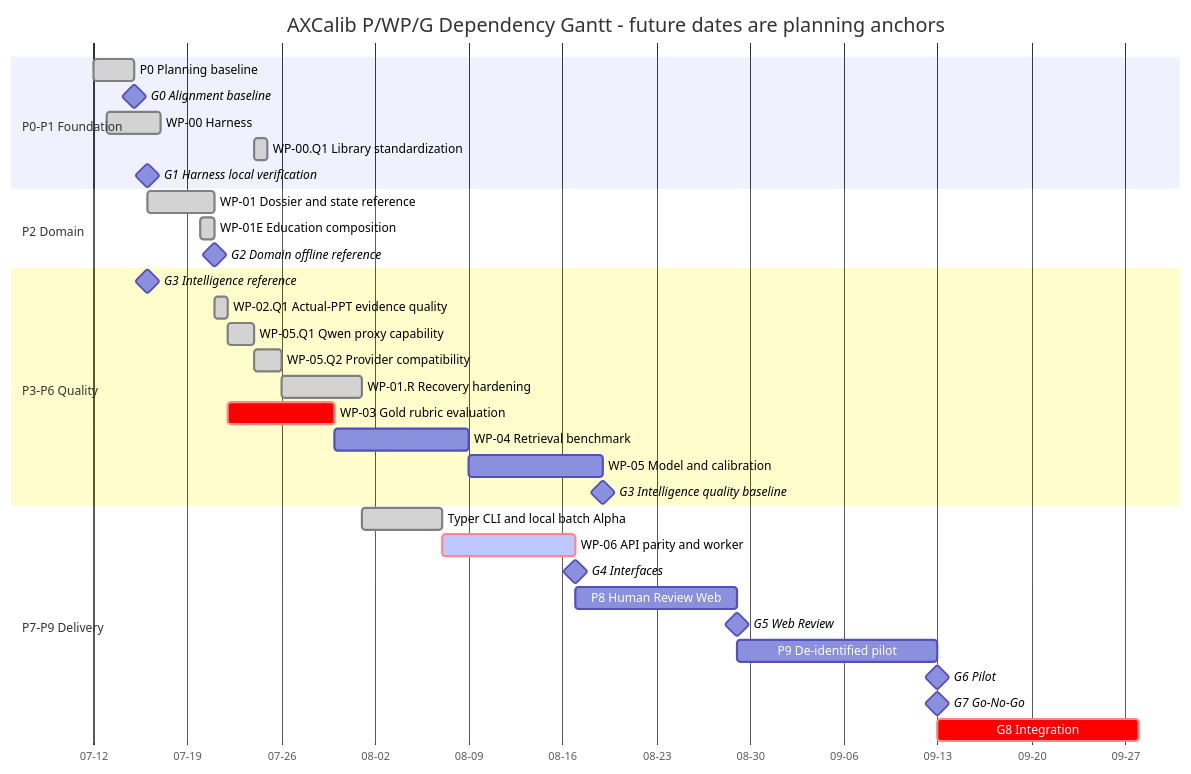
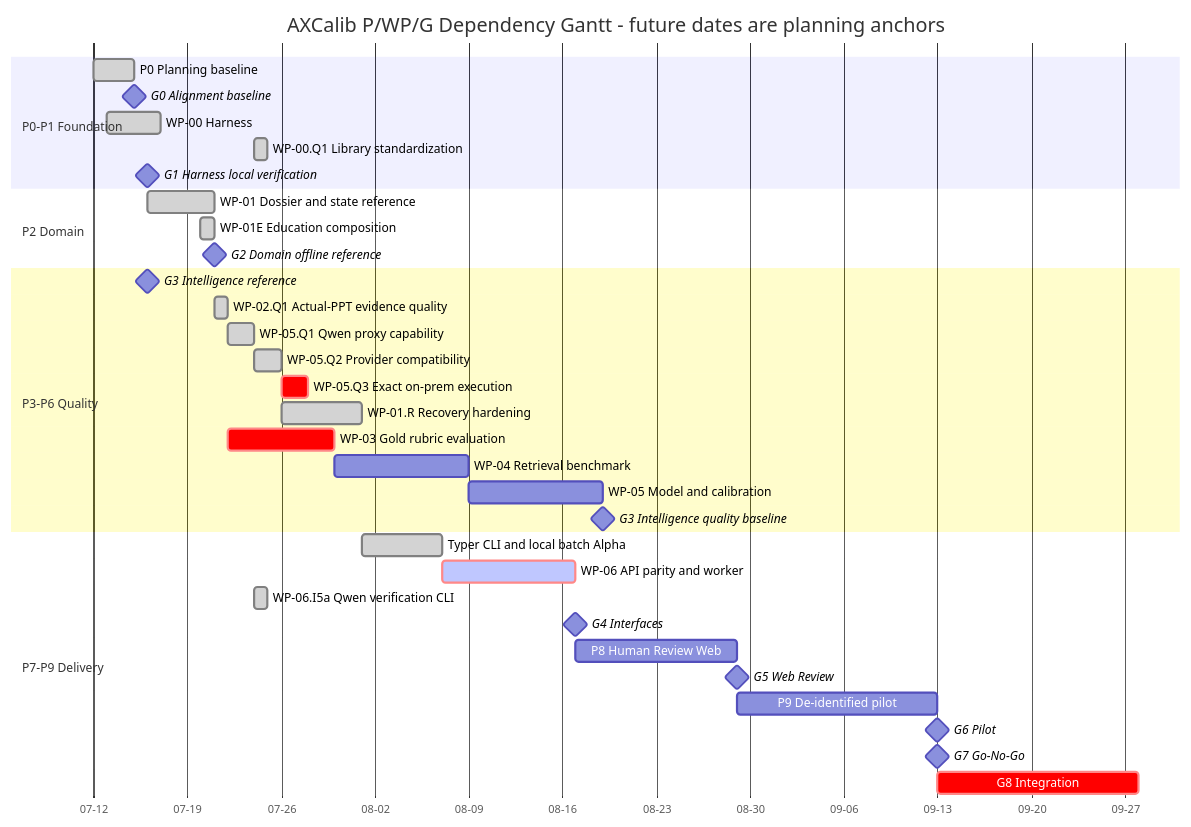
One commit to Infant83/AXCalib changed the diagram in PROJECT_STATE.md. Above: the diagram before and after it, drawn with Mermaid. The commit also changed other lines of this file and 26 other files, not shown here.

Commit message:
Add on-prem Qwen verification CLI and Wiki runbook

````diff
--- a/PROJECT_STATE.md
+++ b/PROJECT_STATE.md
@@ -83,41 +83,43 @@
 ```mermaid
 gantt
     title AXCalib P/WP/G Dependency Gantt - future dates are planning anchors
     dateFormat YYYY-MM-DD
     axisFormat %m-%d
     todayMarker stroke-width:2px,stroke:#A50034,opacity:0.8
 
     section P0-P1 Foundation
     P0 Planning baseline                 :done, p0, 2026-07-12, 3d
     G0 Alignment baseline               :milestone, g0, 2026-07-15, 0d
     WP-00 Harness                       :done, wp00, 2026-07-13, 4d
     WP-00.Q1 Library standardization    :done, wp00q1, 2026-07-24, 1d
     G1 Harness local verification       :milestone, g1, 2026-07-16, 0d
 
     section P2 Domain
     WP-01 Dossier and state reference   :done, wp01, 2026-07-16, 5d
     WP-01E Education composition        :done, wp01e, 2026-07-20, 1d
     G2 Domain offline reference         :milestone, g2, 2026-07-21, 0d
 
     section P3-P6 Quality
     G3 Intelligence reference           :milestone, g3ref, 2026-07-16, 0d
     WP-02.Q1 Actual-PPT evidence quality :done, wp02q1, 2026-07-21, 1d
     WP-05.Q1 Qwen proxy capability      :done, wp05q1, after wp02q1, 2d
     WP-05.Q2 Provider compatibility     :done, wp05q2, after wp05q1, 2d
+    WP-05.Q3 Exact on-prem execution    :crit, wp05q3, after wp05q2, 2d
     WP-01.R Recovery hardening          :done, wp01r, after wp05q2, 6d
     WP-03 Gold rubric evaluation        :crit, wp03, after wp02q1, 8d
     WP-04 Retrieval benchmark           :wp04, after wp03, 10d
     WP-05 Model and calibration         :wp05, after wp04, 10d
     G3 Intelligence quality baseline    :milestone, g3quality, after wp05, 0d
 
     section P7-P9 Delivery
     Typer CLI and local batch Alpha     :done, wpcli, after wp01r, 6d
     WP-06 API parity and worker         :active,crit, wp06, after wpcli, 10d
+    WP-06.I5a Qwen verification CLI     :done, wp06i5a, 2026-07-24, 1d
     G4 Interfaces                       :milestone, g4, after wp06, 0d
     P8 Human Review Web                 :wpweb, after wp06, 12d
     G5 Web Review                       :milestone, g5, after wpweb, 0d
     P9 De-identified pilot              :wppilot, after wpweb, 15d
     G6 Pilot                            :milestone, g6, after wppilot, 0d
     G7 Go-No-Go                         :milestone, g7, after g6, 0d
     G8 Integration                      :crit, wpint, after g7, 15d
 ```
````
